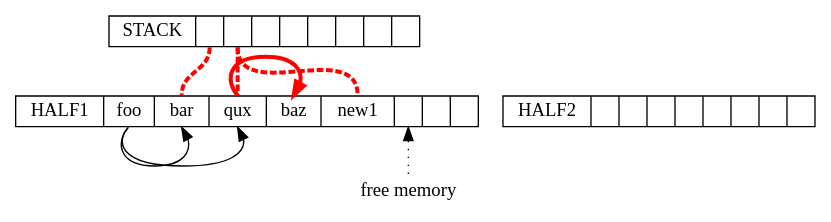
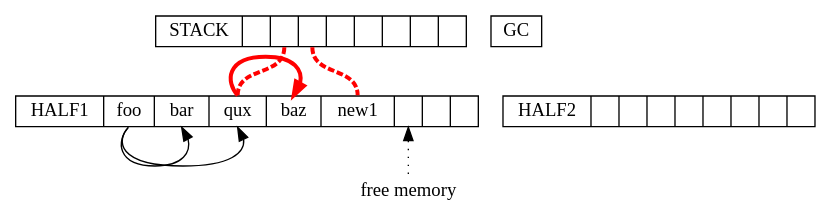
Before and after one commit to com-lihaoyi/mill: the sixth of 13 diagrams in blog/modules/ROOT/pages/6-garbage-collector-perf.adoc, drawn with Graphviz. The commit also changed other lines of this file and 2 other files, not shown here.

````diff
--- a/blog/modules/ROOT/pages/6-garbage-collector-perf.adoc
+++ b/blog/modules/ROOT/pages/6-garbage-collector-perf.adoc
@@ -126,19 +150,18 @@
 ```graphviz
 digraph G {
   
   node [shape=box width=0 height=0 style=filled fillcolor=white]
   {rank=same; heap1; heap2}
   heap2 [shape=record label="HALF2 | <f0> | <f1> | <f2> | <f3>  | <f4> | <f5> | <f6> | <f7> "]
 
   heap1 [shape=record label="HALF1 | <f0> foo | <f1> bar | <f2> qux | <f3> baz | <f4> new1| <f5> | <f6> | <f7> "]
   heap1:f0:s -> heap1:f1:s
   heap1:f0:s -> heap1:f2:s
   heap1:f2:n -> heap1:f3:n [color=red, penwidth=3]
   heap1:f5:s -> alloc:n [dir=back, style=dotted]
-  alloc [label = "free memory", shape=plaintext]
+  alloc [label = "free memory", shape=plaintext]GC 
   stack [shape=record label="STACK | <f0> | <f1> | <f2> | <f3> | <f4> | <f5> | <f6> | <f7> "]
-  stack:f0 -> heap1:f1 [dir=none, style=dashed, color=red, penwidth=3]
   stack:f1 -> heap1:f2 [dir=none, style=dashed, color=red, penwidth=3]
-  stack:f1 -> heap1:f4 [dir=none, style=dashed, color=red, penwidth=3]
+  stack:f2 -> heap1:f4 [dir=none, style=dashed, color=red, penwidth=3]
 }
 ```
````
